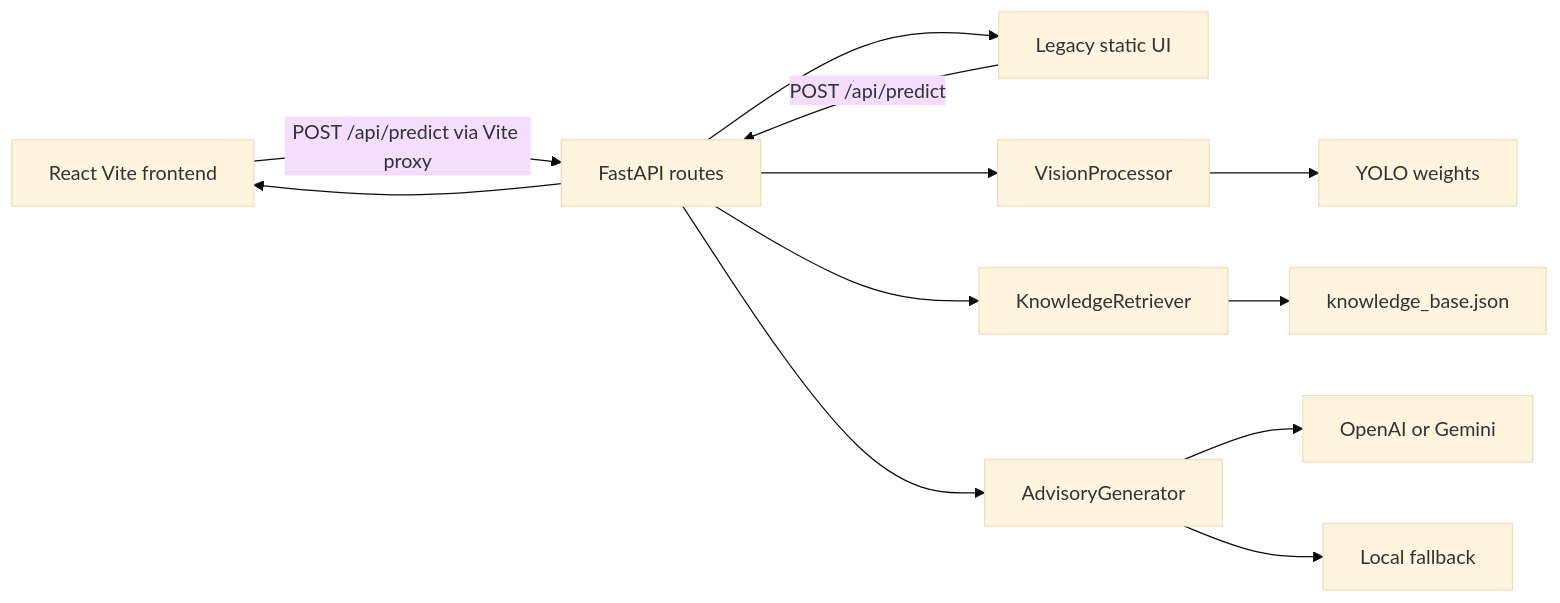
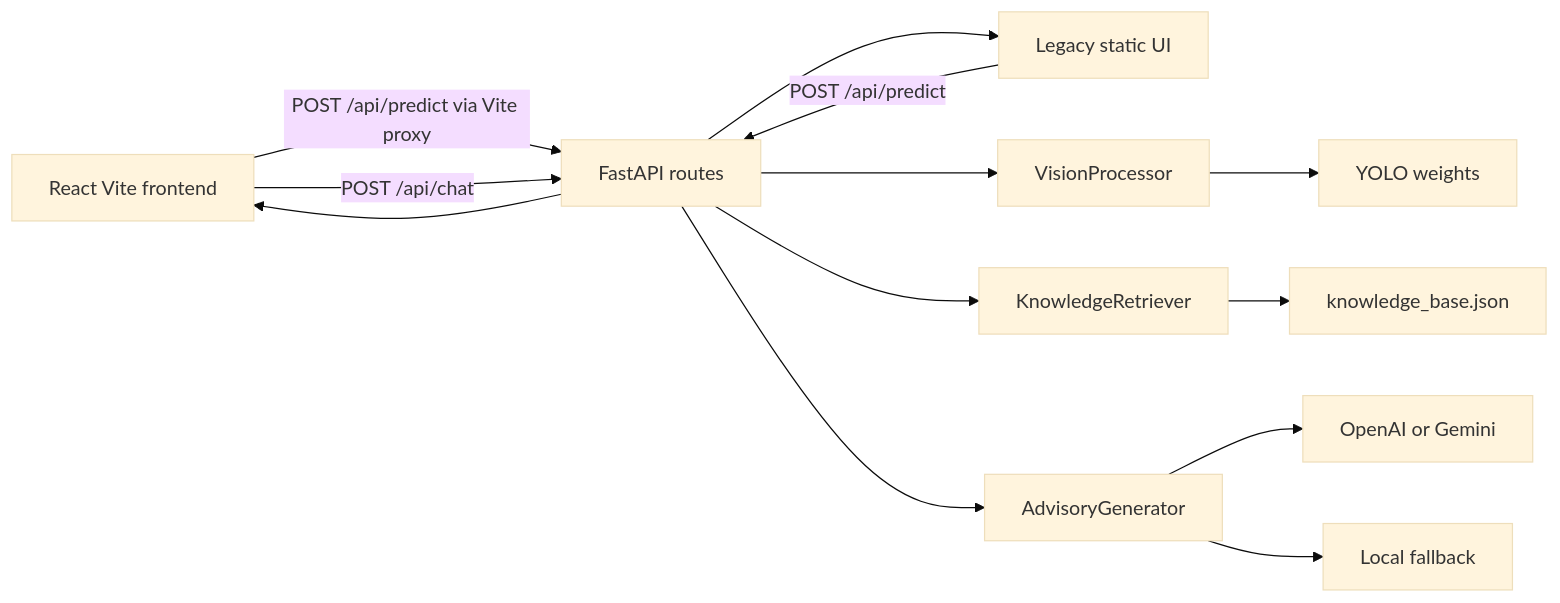
Before and after one commit to jiale2004/FoodSense-MY: the first of 2 diagrams in docs/architecture.md, drawn with Mermaid (base theme). The commit also changed other lines of this file and 27 other files, not shown here.

````diff
--- a/docs/architecture.md
+++ b/docs/architecture.md
@@ -30,14 +30,15 @@
 ```mermaid
 flowchart LR
     UI[React Vite frontend] -->|POST /api/predict via Vite proxy| API[FastAPI routes]
+    UI -->|POST /api/chat| API
     Static[Legacy static UI] -->|POST /api/predict| API
     API --> Vision[VisionProcessor]
     Vision --> Model[YOLO weights]
     API --> Nutrition[KnowledgeRetriever]
     Nutrition --> KB[knowledge_base.json]
     API --> Advisory[AdvisoryGenerator]
     Advisory --> LLM[OpenAI or Gemini]
     Advisory --> Template[Local fallback]
     API --> UI
     API --> Static
 ```
````
